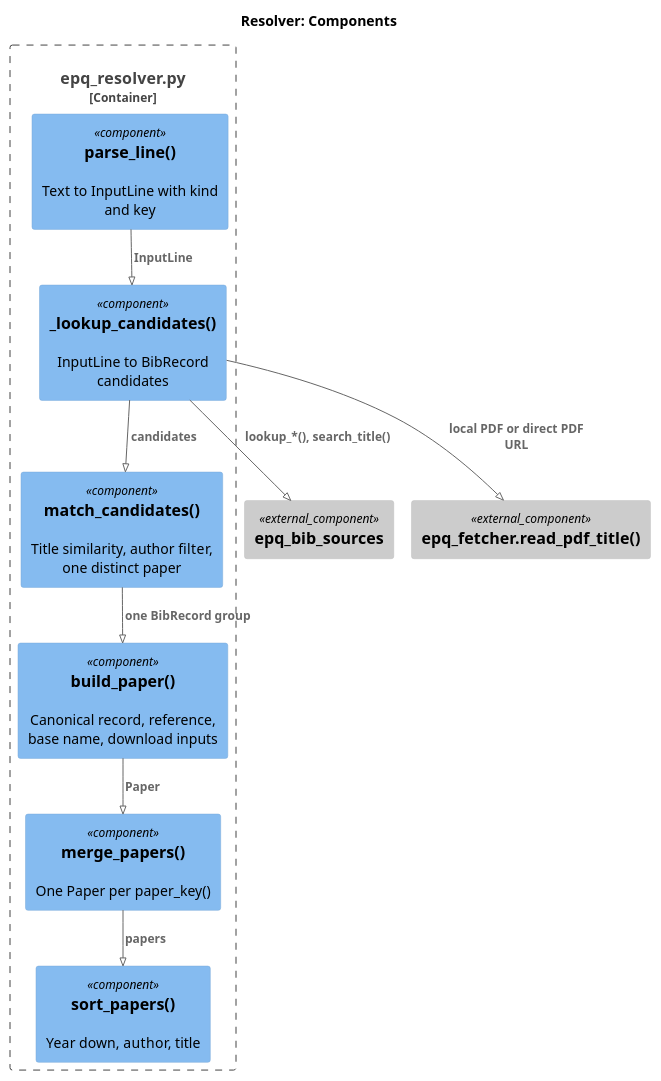
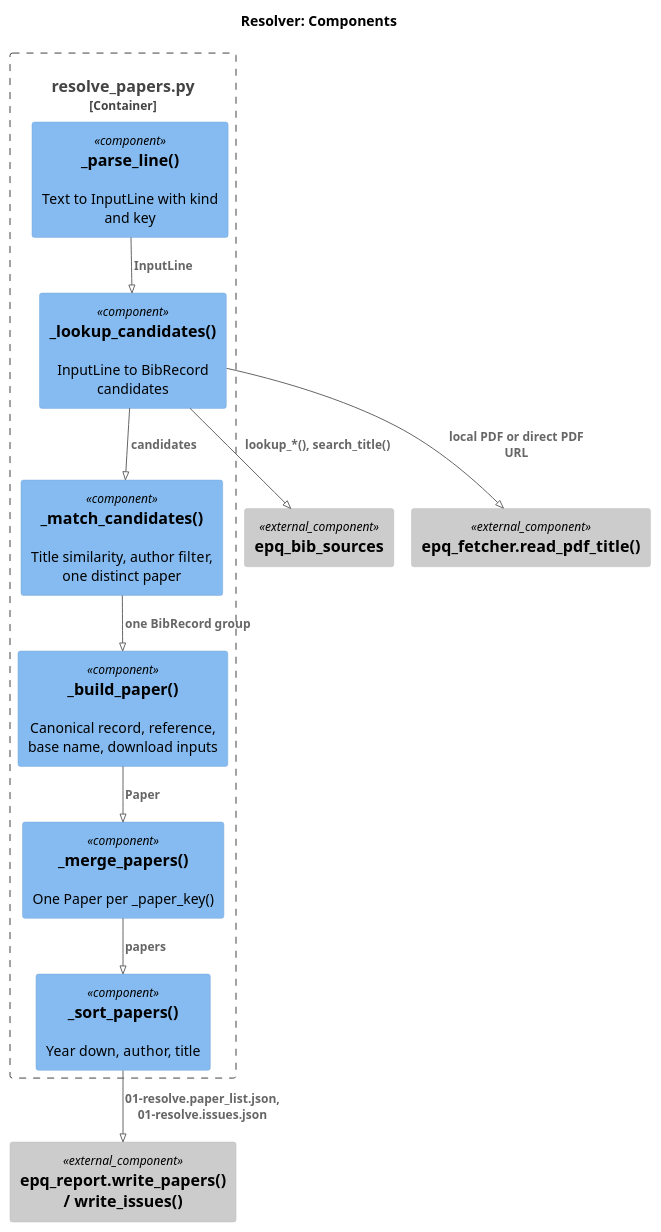
The diagram in research/Estimate_academic_paper_quality/docs/02.2-design.resolver.md (gpsaggese/gpsaggese.github.io), drawn with PlantUML before and after one commit. The commit also changed other lines of this file and 98 other files, not shown here.

````diff
--- a/research/Estimate_academic_paper_quality/docs/02.2-design.resolver.md
+++ b/research/Estimate_academic_paper_quality/docs/02.2-design.resolver.md
@@ -28,23 +34,25 @@
 ```plantuml
 !pragma layout smetana
 !include <C4/C4_Component>
 LAYOUT_TOP_DOWN()
 title Resolver: Components
-Container_Boundary(r, "epq_resolver.py") {
-  Component(parse, "parse_line()", "", "Text to InputLine with kind and key")
+Container_Boundary(r, "resolve_papers.py") {
+  Component(parse, "_parse_line()", "", "Text to InputLine with kind and key")
   Component(lookup, "_lookup_candidates()", "", "InputLine to BibRecord candidates")
-  Component(match, "match_candidates()", "", "Title similarity, author filter, one distinct paper")
-  Component(build, "build_paper()", "", "Canonical record, reference, base name, download inputs")
-  Component(dedupe, "merge_papers()", "", "One Paper per paper_key()")
-  Component(sort, "sort_papers()", "", "Year down, author, title")
+  Component(match, "_match_candidates()", "", "Title similarity, author filter, one distinct paper")
+  Component(build, "_build_paper()", "", "Canonical record, reference, base name, download inputs")
+  Component(dedupe, "_merge_papers()", "", "One Paper per _paper_key()")
+  Component(sort, "_sort_papers()", "", "Year down, author, title")
 }
 Component_Ext(bib, "epq_bib_sources", "", "")
 Component_Ext(fetch, "epq_fetcher.read_pdf_title()", "", "")
+Component_Ext(out, "epq_report.write_papers() / write_issues()", "", "")
 Rel(parse, lookup, "InputLine")
 Rel(lookup, bib, "lookup_*(), search_title()")
 Rel(lookup, fetch, "local PDF or direct PDF URL")
 Rel(lookup, match, "candidates")
 Rel(match, build, "one BibRecord group")
 Rel(build, dedupe, "Paper")
 Rel(dedupe, sort, "papers")
+Rel(sort, out, "01-resolve.paper_list.json, 01-resolve.issues.json")
 ```
````
